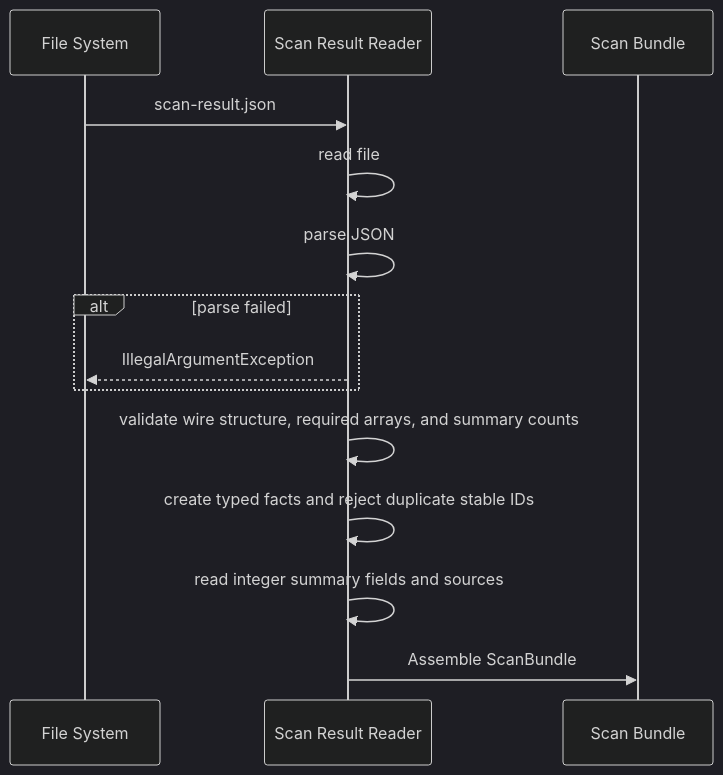
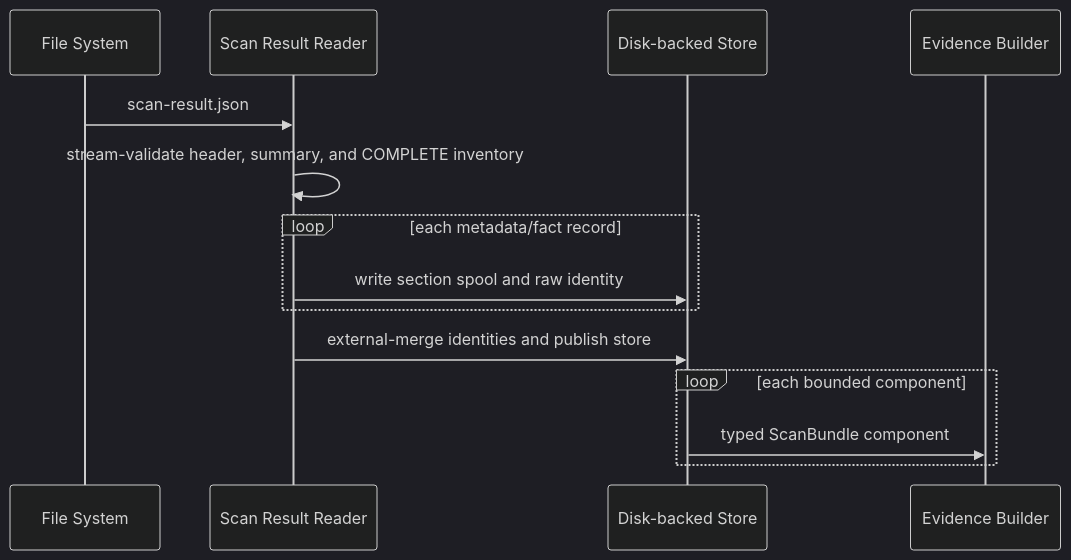
One commit to xiaoguang/relation-detector changed the fourth of 4 diagrams in docs/design/semantic-layer/01-scan-result-reader.md. Above: the diagram before and after it, drawn with Mermaid (dark theme). The commit also changed other lines of this file and 62 other files, not shown here.

Commit message:
feat: add disk-backed semantic inventory pipeline

````diff
--- a/docs/design/semantic-layer/01-scan-result-reader.md
+++ b/docs/design/semantic-layer/01-scan-result-reader.md
@@ -233,17 +239,17 @@
 ```mermaid
 sequenceDiagram
     participant FS as File System
     participant SR as Scan Result Reader
-    participant SB as Scan Bundle
+    participant DS as Disk-backed Store
+    participant EB as Evidence Builder
 
     FS->>SR: scan-result.json
-    SR->>SR: read file
-    SR->>SR: parse JSON
-    alt parse failed
-        SR-->>FS: IllegalArgumentException
+    SR->>SR: stream-validate header, summary, and COMPLETE inventory
+    loop each metadata/fact record
+        SR->>DS: write section spool and raw identity
     end
-    SR->>SR: validate wire structure, required arrays, and summary counts
-    SR->>SR: create typed facts and reject duplicate stable IDs
-    SR->>SR: read integer summary fields and sources
-    SR->>SB: Assemble ScanBundle
+    SR->>DS: external-merge identities and publish store
+    loop each bounded component
+        DS->>EB: typed ScanBundle component
+    end
 ```
````
